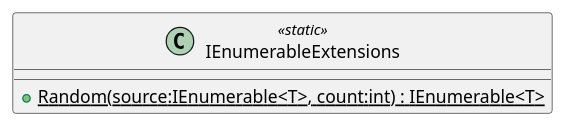
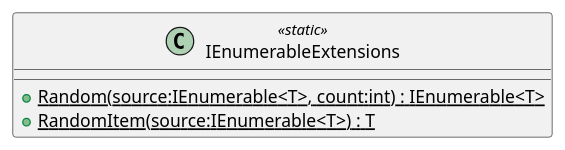
Before and after one commit to Leximon-SWE-2025/Leximon: the diagram in PlantUML/scripts/Extension.puml, drawn with PlantUML. The commit also changed 13 other files, not shown here.

Commit message:
update UML

```diff
--- a/PlantUML/scripts/Extension.puml
+++ b/PlantUML/scripts/Extension.puml
@@ -1,5 +1,6 @@
 @startuml
 class IEnumerableExtensions <<static>> {
     + {static} Random(source:IEnumerable<T>, count:int) : IEnumerable<T>
+    + {static} RandomItem(source:IEnumerable<T>) : T
 }
 @enduml
```
